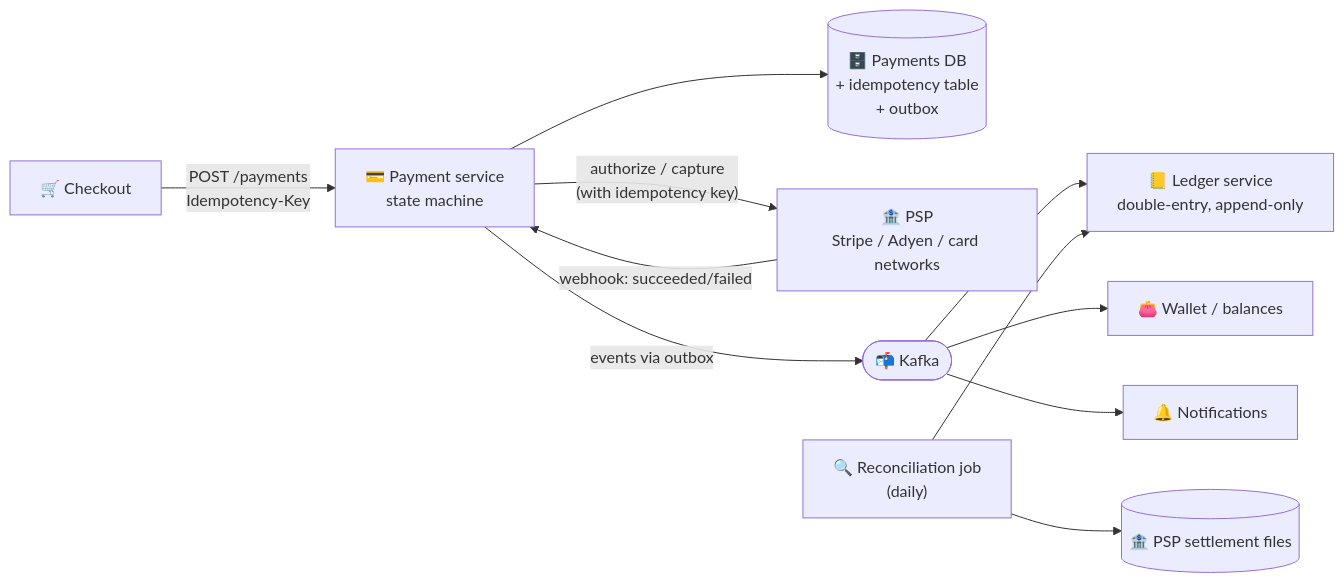
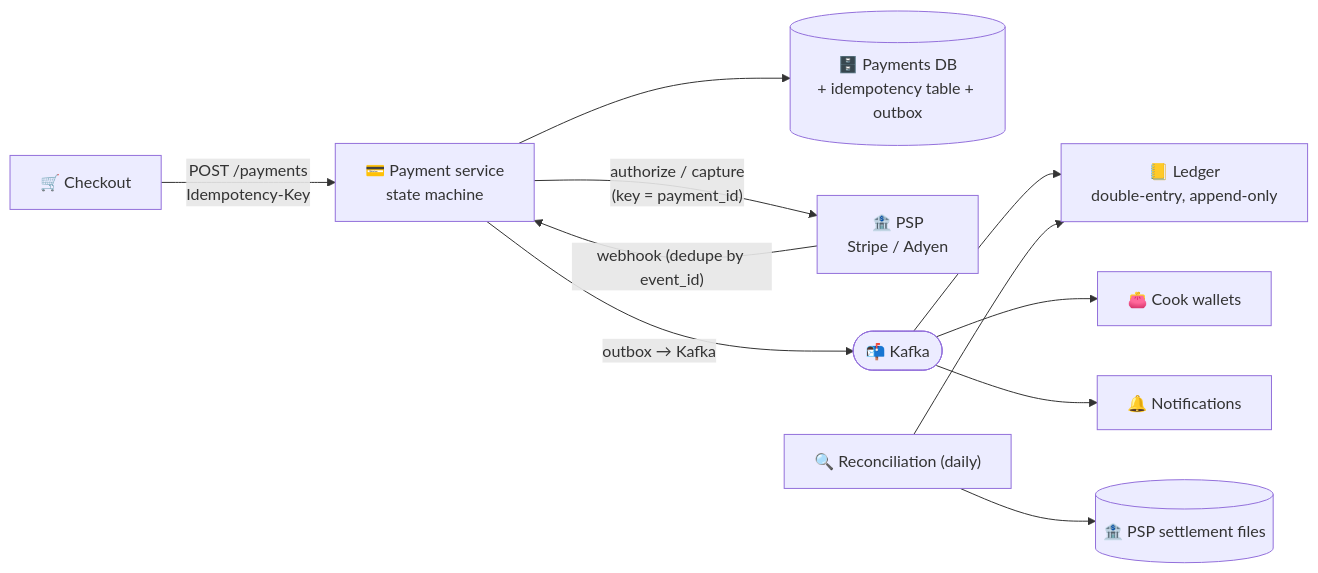
Before and after one commit to winnyboy5/System-Design-from-Atoms: the diagram in phases/11-advanced-designs/096-design-payment-system.md, drawn with Mermaid. The commit also changed other lines of this file and 15 other files, not shown here.

````diff
--- a/phases/11-advanced-designs/096-design-payment-system.md
+++ b/phases/11-advanced-designs/096-design-payment-system.md
@@ -30,13 +38,13 @@
 ```mermaid
 flowchart LR
     C["🛒 Checkout"] -->|"POST /payments<br/>Idempotency-Key"| PAY["💳 Payment service<br/>state machine"]
-    PAY --> PDB[("🗄️ Payments DB<br/>+ idempotency table<br/>+ outbox")]
-    PAY -->|"authorize / capture<br/>(with idempotency key)"| PSP["🏦 PSP<br/>Stripe / Adyen / card networks"]
-    PSP -->|"webhook: succeeded/failed"| PAY
-    PAY -->|"events via outbox"| K(["📬 Kafka"])
-    K --> LED["📒 Ledger service<br/>double-entry, append-only"]
-    K --> WAL["👛 Wallet / balances"]
+    PAY --> PDB[("🗄️ Payments DB<br/>+ idempotency table + outbox")]
+    PAY -->|"authorize / capture<br/>(key = payment_id)"| PSP["🏦 PSP<br/>Stripe / Adyen"]
+    PSP -->|"webhook (dedupe by event_id)"| PAY
+    PAY -->|"outbox → Kafka"| K(["📬 Kafka"])
+    K --> LED["📒 Ledger<br/>double-entry, append-only"]
+    K --> WAL["👛 Cook wallets"]
     K --> NOTIF["🔔 Notifications"]
-    REC["🔍 Reconciliation job<br/>(daily)"] --> LED
+    REC["🔍 Reconciliation (daily)"] --> LED
     REC --> SETT[("🏦 PSP settlement files")]
 ```
````
